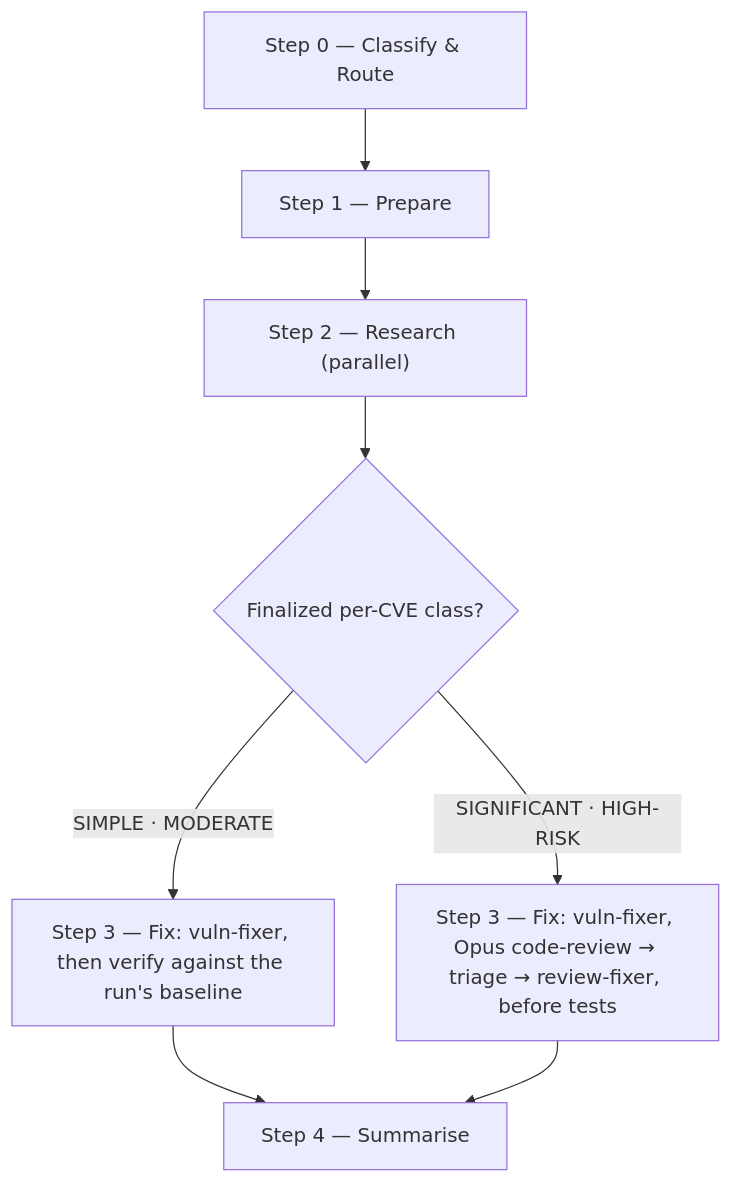
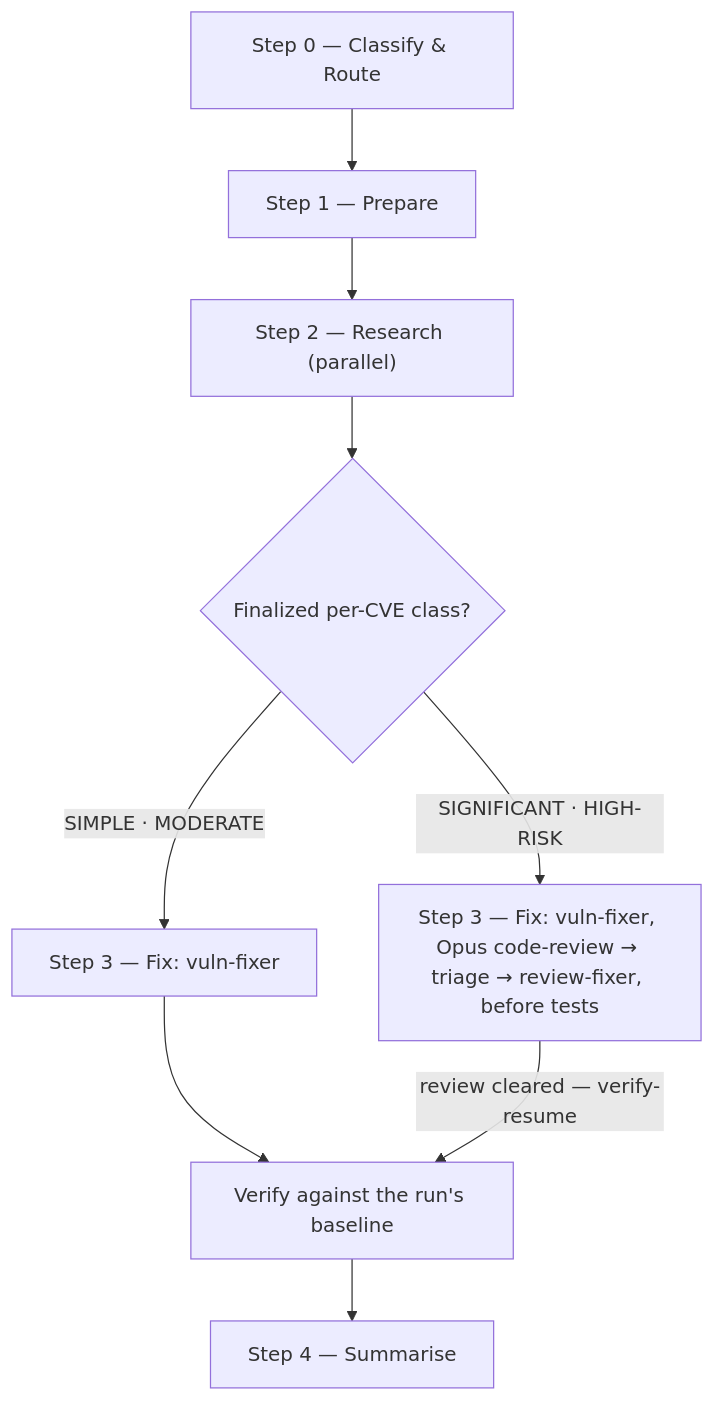
One commit to ihudak/ai-workflows changed the diagram in plugins/dev-workflows/docs/commands/vuln.md. Above: the diagram before and after it, drawn with Mermaid. The commit also changed 10 other files, not shown here.

First line of the commit message:
docs: diagrams and workflow pages follow the commands they draw

````diff
--- a/plugins/dev-workflows/docs/commands/vuln.md
+++ b/plugins/dev-workflows/docs/commands/vuln.md
@@ -23,10 +23,11 @@
 ```mermaid
 flowchart TD
     s0["Step 0 — Classify & Route"] --> s1["Step 1 — Prepare"]
     s1 --> s2["Step 2 — Research (parallel)"]
     s2 --> d1{"Finalized per-CVE class?"}
-    d1 -->|"SIMPLE · MODERATE"| s3a["Step 3 — Fix: vuln-fixer, then verify against the run's baseline"]
+    d1 -->|"SIMPLE · MODERATE"| s3a["Step 3 — Fix: vuln-fixer"]
     d1 -->|"SIGNIFICANT · HIGH-RISK"| s3b["Step 3 — Fix: vuln-fixer, Opus code-review → triage → review-fixer, before tests"]
-    s3a --> s4["Step 4 — Summarise"]
-    s3b --> s4
+    s3a --> tv["Verify against the run's baseline"]
+    s3b -->|"review cleared — verify-resume"| tv
+    tv --> s4["Step 4 — Summarise"]
 ```
````
